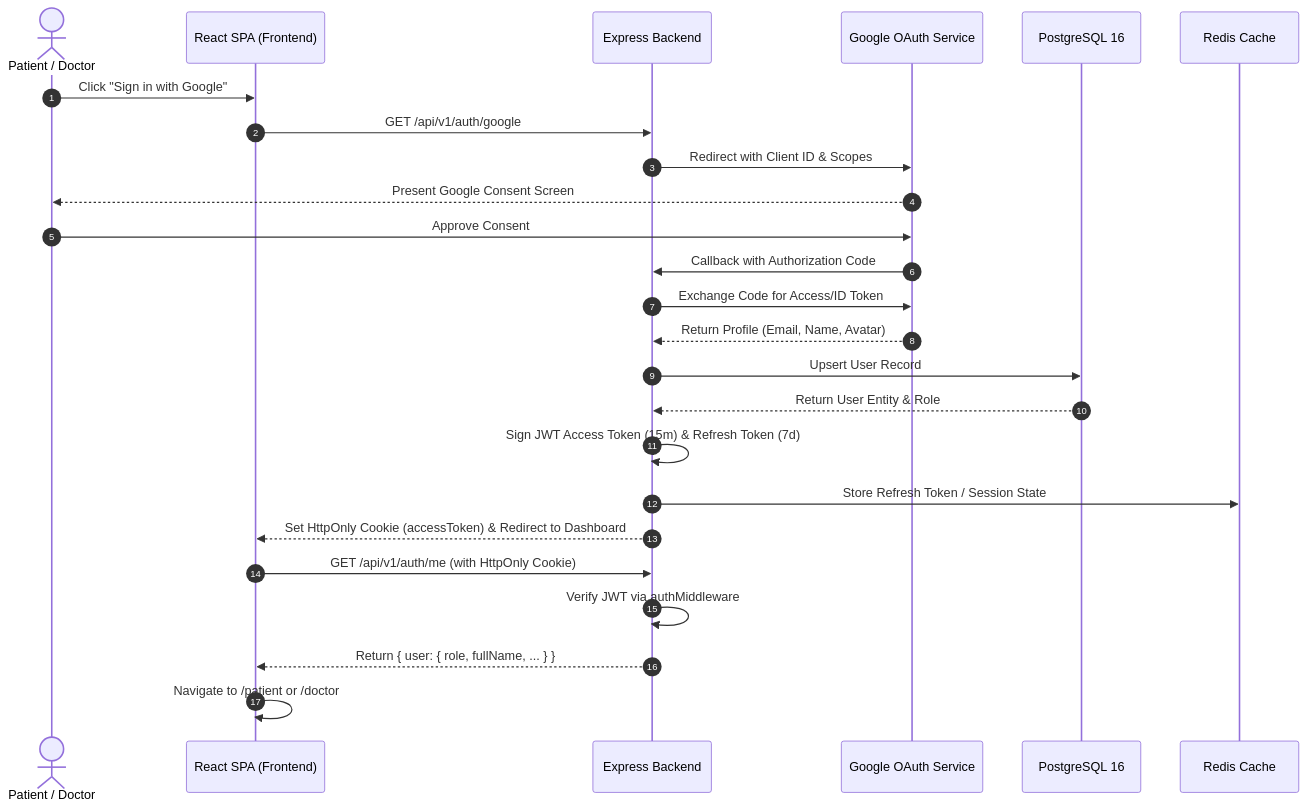
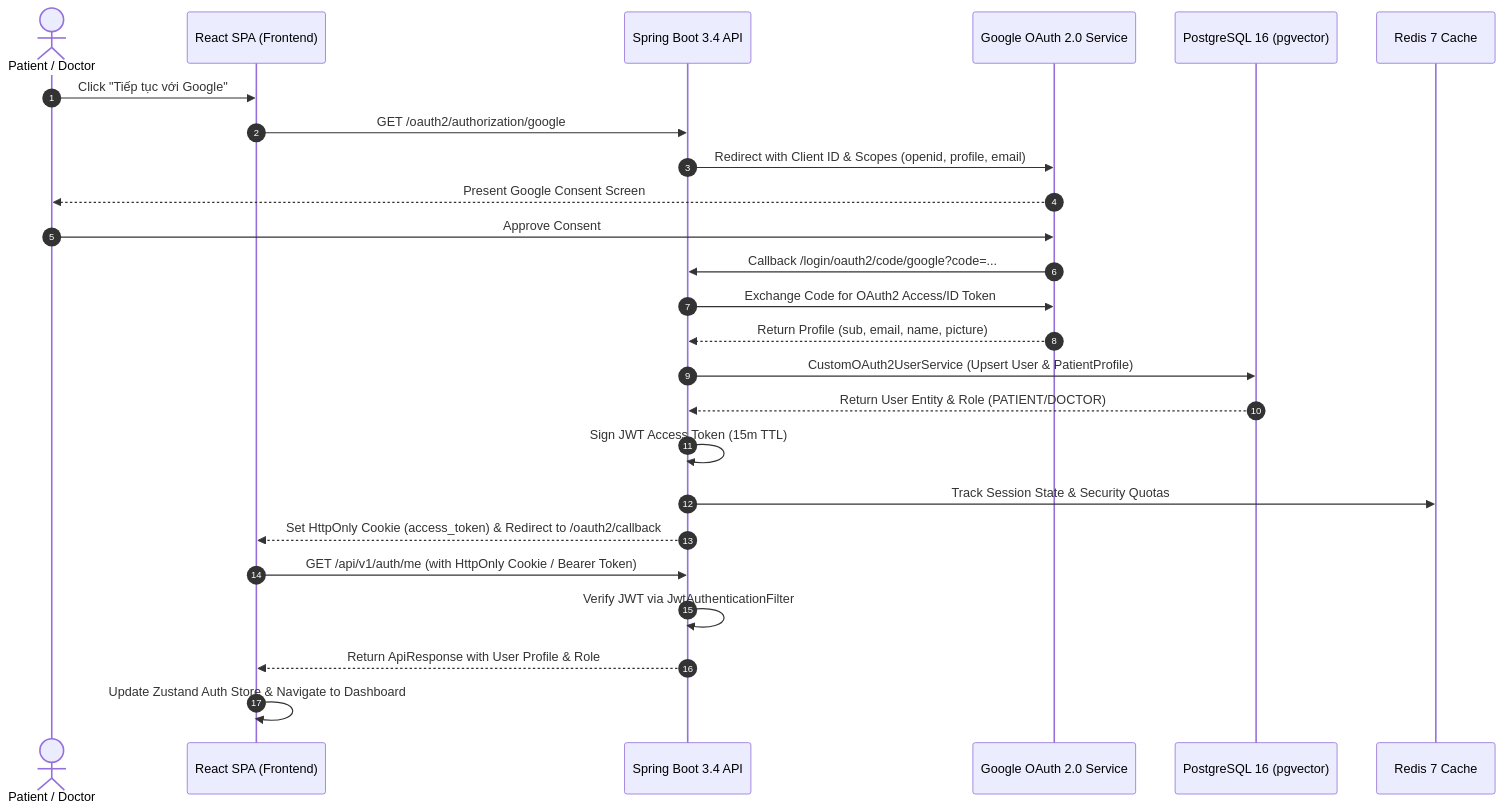
One commit to vinhhotff/KLTN-medical-assistant changed the diagram in docs/diagrams/auth_sequence.md. Above: the diagram before and after it, drawn with Mermaid. The commit also changed 18 other files, not shown here.

````diff
--- a/docs/diagrams/auth_sequence.md
+++ b/docs/diagrams/auth_sequence.md
@@ -3,28 +3,28 @@
 ```mermaid
 sequenceDiagram
     autonumber
     actor User as Patient / Doctor
     participant Client as React SPA (Frontend)
-    participant Server as Express Backend
-    participant Google as Google OAuth Service
-    participant DB as PostgreSQL 16
-    participant Redis as Redis Cache
+    participant Server as Spring Boot 3.4 API
+    participant Google as Google OAuth 2.0 Service
+    participant DB as PostgreSQL 16 (pgvector)
+    participant Redis as Redis 7 Cache
 
-    User->>Client: Click "Sign in with Google"
-    Client->>Server: GET /api/v1/auth/google
-    Server->>Google: Redirect with Client ID & Scopes
+    User->>Client: Click "Tiếp tục với Google"
+    Client->>Server: GET /oauth2/authorization/google
+    Server->>Google: Redirect with Client ID & Scopes (openid, profile, email)
     Google-->>User: Present Google Consent Screen
     User->>Google: Approve Consent
-    Google->>Server: Callback with Authorization Code
-    Server->>Google: Exchange Code for Access/ID Token
-    Google-->>Server: Return Profile (Email, Name, Avatar)
-    Server->>DB: Upsert User Record
-    DB-->>Server: Return User Entity & Role
-    Server->>Server: Sign JWT Access Token (15m) & Refresh Token (7d)
-    Server->>Redis: Store Refresh Token / Session State
-    Server-->>Client: Set HttpOnly Cookie (accessToken) & Redirect to Dashboard
-    Client->>Server: GET /api/v1/auth/me (with HttpOnly Cookie)
-    Server->>Server: Verify JWT via authMiddleware
-    Server-->>Client: Return { user: { role, fullName, ... } }
-    Client->>Client: Navigate to /patient or /doctor
+    Google->>Server: Callback /login/oauth2/code/google?code=...
+    Server->>Google: Exchange Code for OAuth2 Access/ID Token
+    Google-->>Server: Return Profile (sub, email, name, picture)
+    Server->>DB: CustomOAuth2UserService (Upsert User & PatientProfile)
+    DB-->>Server: Return User Entity & Role (PATIENT/DOCTOR)
+    Server->>Server: Sign JWT Access Token (15m TTL)
+    Server->>Redis: Track Session State & Security Quotas
+    Server-->>Client: Set HttpOnly Cookie (access_token) & Redirect to /oauth2/callback
+    Client->>Server: GET /api/v1/auth/me (with HttpOnly Cookie / Bearer Token)
+    Server->>Server: Verify JWT via JwtAuthenticationFilter
+    Server-->>Client: Return ApiResponse with User Profile & Role
+    Client->>Client: Update Zustand Auth Store & Navigate to Dashboard
 ```
````
